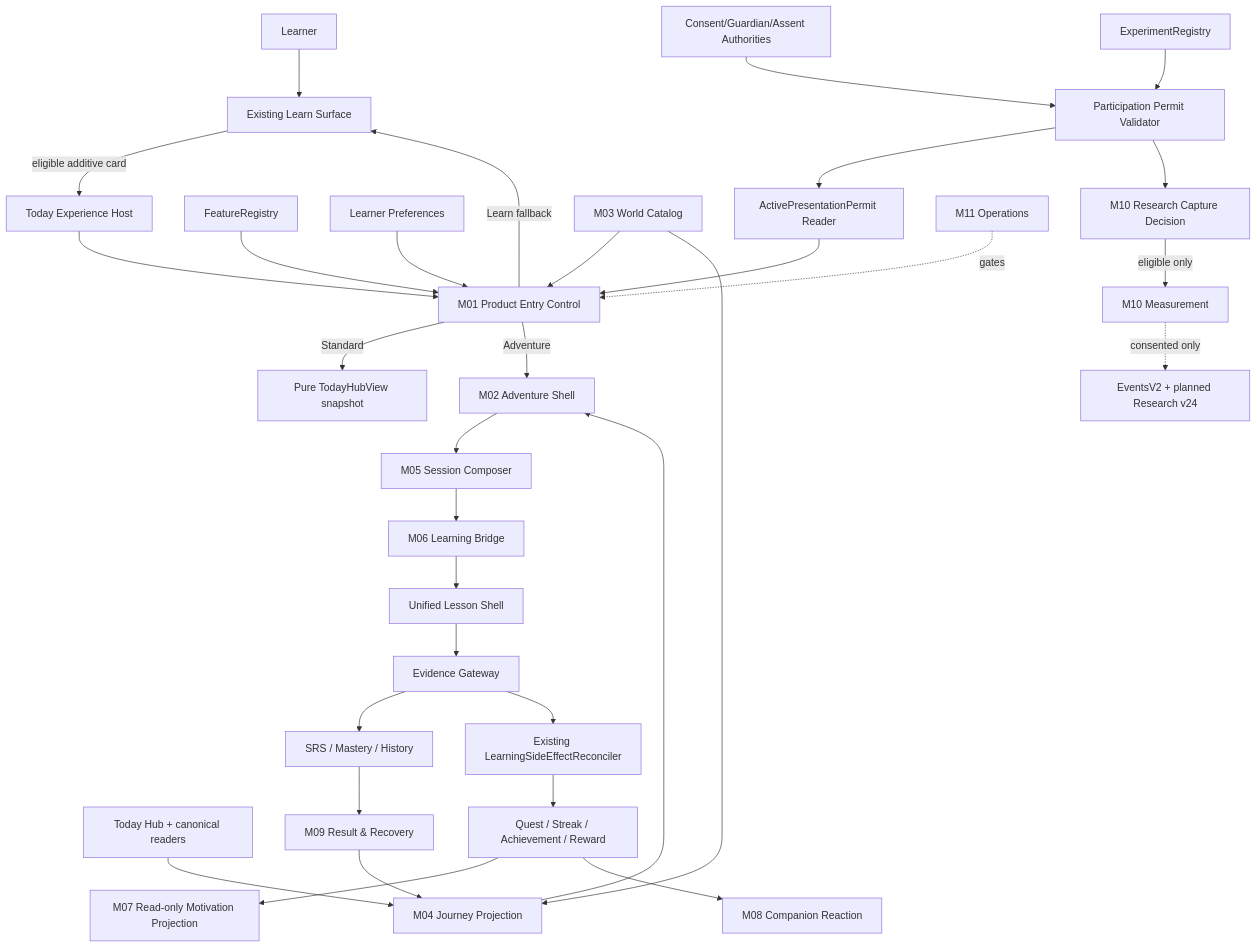
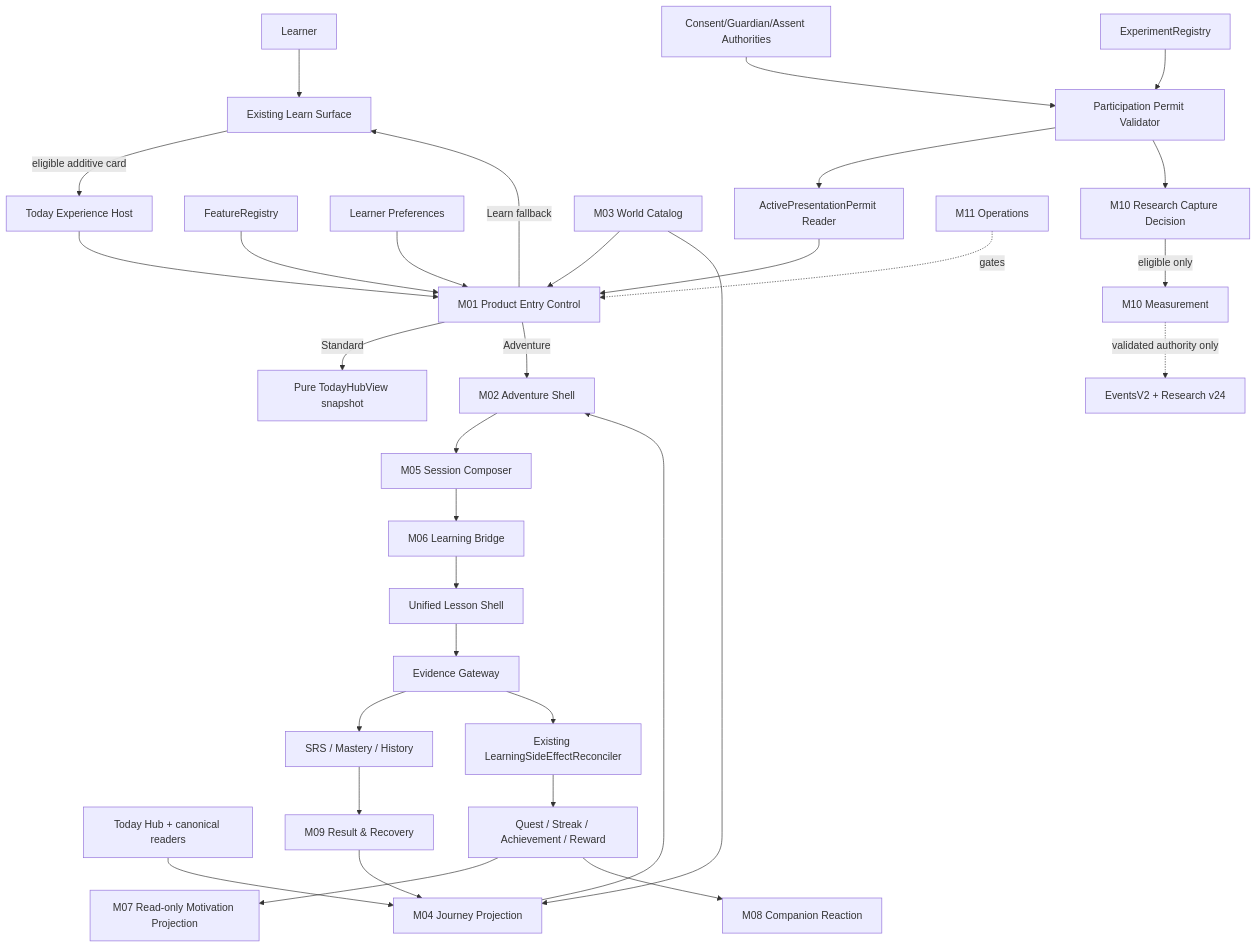
Before and after one commit to Phoomxo/LexiQuest: the first of 4 diagrams in docs/adventure-motivation-mode/03-sds.md, drawn with Mermaid. The commit also changed other lines of this file and 9 other files, not shown here.

````diff
--- a/docs/adventure-motivation-mode/03-sds.md
+++ b/docs/adventure-motivation-mode/03-sds.md
@@ -75,34 +86,34 @@
 ```mermaid
 flowchart TD
   USER[Learner] --> LEARN[Existing Learn Surface]
   LEARN -->|eligible additive card| HOST[Today Experience Host]
   HOST --> ENTRY[M01 Product Entry Control]
   FLAGS[FeatureRegistry] --> ENTRY
   PREF[Learner Preferences] --> ENTRY
   PERMIT[ActivePresentationPermit Reader] --> ENTRY
   CATALOG[M03 World Catalog] --> ENTRY
   ENTRY -->|Learn fallback| LEARN
   ENTRY -->|Standard| TODAY[Pure TodayHubView snapshot]
   ENTRY -->|Adventure| SHELL[M02 Adventure Shell]
   CATALOG --> PROJ[M04 Journey Projection]
   TODAYREAD[Today Hub + canonical readers] --> PROJ
   PROJ --> SHELL
   SHELL --> COMPOSE[M05 Session Composer]
   COMPOSE --> BRIDGE[M06 Learning Bridge]
   BRIDGE --> LESSON[Unified Lesson Shell]
   LESSON --> EVIDENCE[Evidence Gateway]
   EVIDENCE --> CANON[SRS / Mastery / History]
   EVIDENCE --> RECON[Existing LearningSideEffectReconciler]
   RECON --> EXISTING[Quest / Streak / Achievement / Reward]
   EXISTING --> MOTIVE[M07 Read-only Motivation Projection]
   CANON --> RESULT[M09 Result & Recovery]
   EXISTING --> REACT[M08 Companion Reaction]
   RESULT --> PROJ
   CONSENT[Consent/Guardian/Assent Authorities] --> VALIDATE[Participation Permit Validator]
   EXP[ExperimentRegistry] --> VALIDATE
   VALIDATE --> PERMIT
   VALIDATE --> CAPTURE[M10 Research Capture Decision]
   CAPTURE -->|eligible only| RESEARCH[M10 Measurement]
-  RESEARCH -.consented only.-> EVENTS[EventsV2 + planned Research v24]
+  RESEARCH -.validated authority only.-> EVENTS[EventsV2 + Research v24]
   OPS[M11 Operations] -.gates.-> ENTRY
 ```
````
